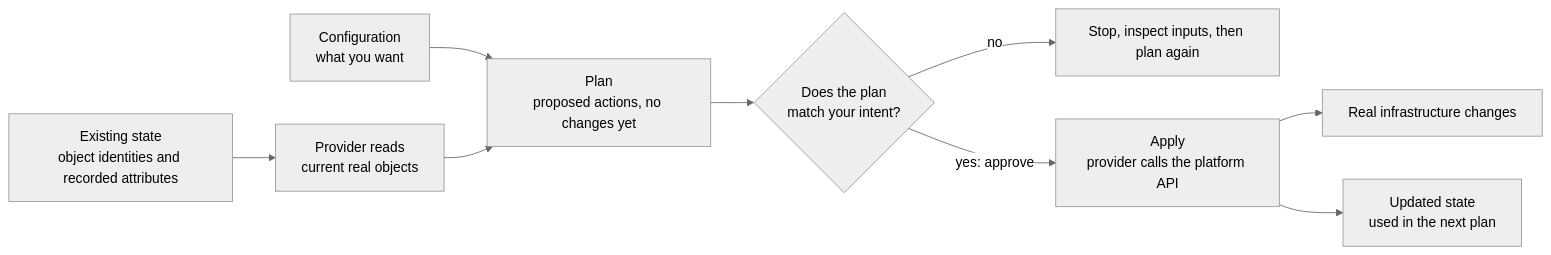
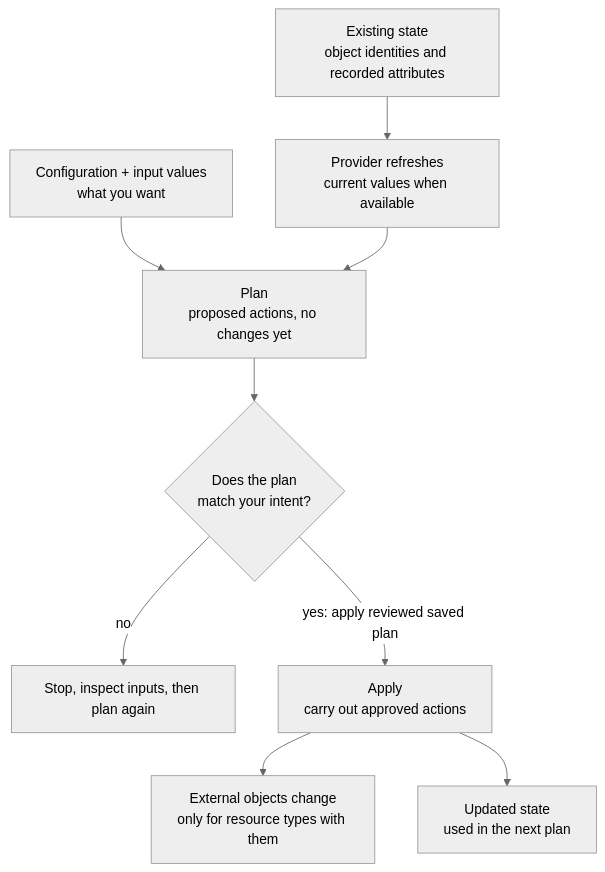
One commit to David-A18/MY-humble-knowledge-for-everyone changed the diagram in knowledge/terraform/fundamentals/terraform-fundamentals.md. Above: the diagram before and after it, drawn with Mermaid (neutral theme). The commit also changed other lines of this file and 6 other files, not shown here.

````diff
--- a/knowledge/terraform/fundamentals/terraform-fundamentals.md
+++ b/knowledge/terraform/fundamentals/terraform-fundamentals.md
@@ -127,11 +161,11 @@
 ```mermaid
-flowchart LR
-  cfg["Configuration<br/>what you want"] --> plan
-  st["Existing state<br/>object identities and recorded attributes"] --> prov["Provider reads<br/>current real objects"]
+flowchart TB
+  cfg["Configuration + input values<br/>what you want"] --> plan
+  st["Existing state<br/>object identities and recorded attributes"] --> prov["Provider refreshes<br/>current values when available"]
   prov --> plan
   plan["Plan<br/>proposed actions, no changes yet"] --> review{"Does the plan<br/>match your intent?"}
   review -- "no" --> fix["Stop, inspect inputs, then plan again"]
-  review -- "yes: approve" --> apply["Apply<br/>provider calls the platform API"]
-  apply --> real["Real infrastructure changes"]
+  review -- "yes: apply reviewed saved plan" --> apply["Apply<br/>carry out approved actions"]
+  apply --> real["External objects change<br/>only for resource types with them"]
   apply --> newstate["Updated state<br/>used in the next plan"]
 ```
````
